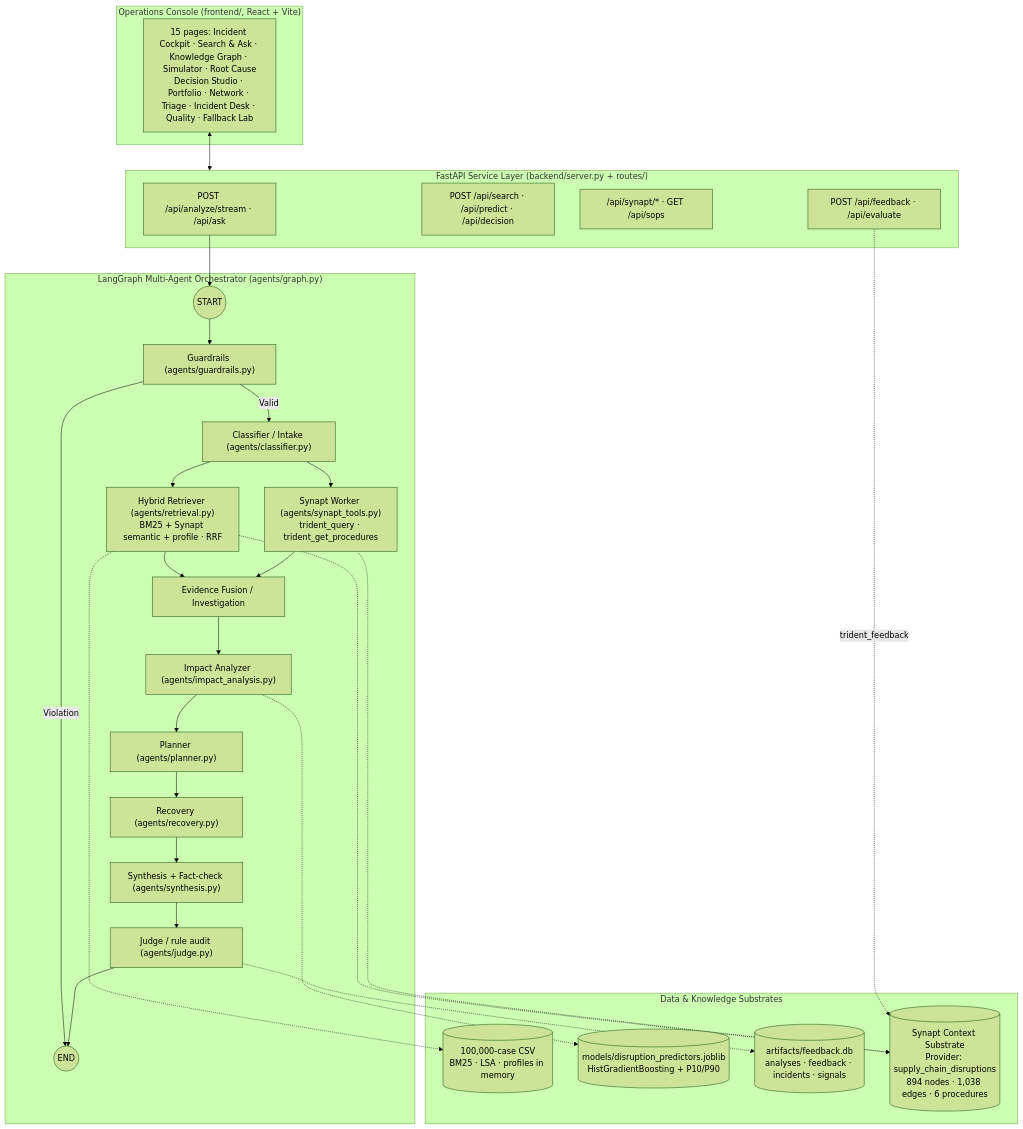
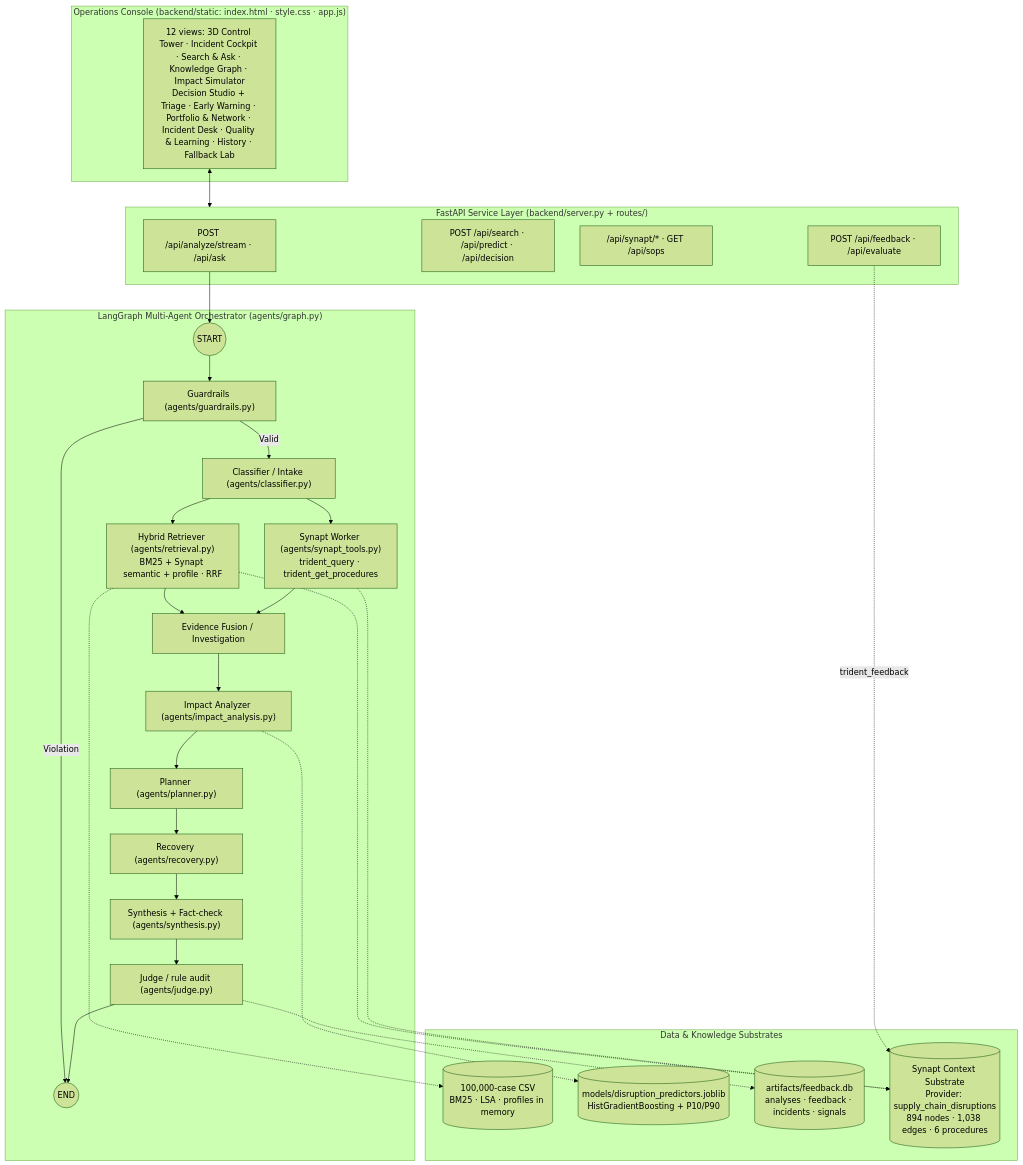
The diagram in README.md (Revanth2074/SupplyChain), drawn with Mermaid (forest theme) before and after one commit. The commit also changed other lines of this file and 28 other files, not shown here.

````diff
--- a/README.md
+++ b/README.md
@@ -33,52 +36,52 @@
 ```mermaid
 flowchart TD
-    subgraph Client_Layer ["Operations Console (frontend/, React + Vite)"]
-        UI["15 pages: Incident Cockpit · Search & Ask · Knowledge Graph · Simulator · Root Cause<br/>Decision Studio · Portfolio · Network · Triage · Incident Desk · Quality · Fallback Lab"]
+    subgraph Client_Layer ["Operations Console (backend/static: index.html · style.css · app.js)"]
+        UI["12 views: 3D Control Tower · Incident Cockpit · Search & Ask · Knowledge Graph · Impact Simulator<br/>Decision Studio + Triage · Early Warning · Portfolio & Network · Incident Desk · Quality & Learning · History · Fallback Lab"]
     end
 
     subgraph Service_Layer ["FastAPI Service Layer (backend/server.py + routes/)"]
         API_QUERY["POST /api/analyze/stream · /api/ask"]
         API_SEARCH["POST /api/search · /api/predict · /api/decision"]
         API_SYN["/api/synapt/* · GET /api/sops"]
         API_FB["POST /api/feedback · /api/evaluate"]
     end
 
     subgraph Orchestration_Layer ["LangGraph Multi-Agent Orchestrator (agents/graph.py)"]
         START((START))
         GUARD["Guardrails (agents/guardrails.py)"]
         CLS["Classifier / Intake (agents/classifier.py)"]
         HYB["Hybrid Retriever (agents/retrieval.py)<br/>BM25 + Synapt semantic + profile · RRF"]
         SYN["Synapt Worker (agents/synapt_tools.py)<br/>trident_query · trident_get_procedures"]
         FUSE["Evidence Fusion / Investigation"]
         IMP["Impact Analyzer (agents/impact_analysis.py)"]
         PLAN["Planner (agents/planner.py)"]
         REC["Recovery (agents/recovery.py)"]
         SYNTH["Synthesis + Fact-check (agents/synthesis.py)"]
         JUDGE["Judge / rule audit (agents/judge.py)"]
         FINISH((END))
     end
 
     subgraph Storage_Layer ["Data & Knowledge Substrates"]
         DATA[("100,000-case CSV<br/>BM25 · LSA · profiles in memory")]
         ML_MODEL[("models/disruption_predictors.joblib<br/>HistGradientBoosting + P10/P90")]
         SQL_DB[("artifacts/feedback.db<br/>analyses · feedback · incidents · signals")]
         SYNAPT_SUB[("Synapt Context Substrate<br/>Provider: supply_chain_disruptions<br/>894 nodes · 1,038 edges · 6 procedures")]
     end
 
     UI <--> Service_Layer
     API_QUERY --> START
     START --> GUARD
     GUARD -->|Valid| CLS
     GUARD -->|Violation| FINISH
     CLS --> HYB & SYN
     HYB --> FUSE
     SYN --> FUSE
     FUSE --> IMP --> PLAN --> REC --> SYNTH --> JUDGE --> FINISH
 
     HYB -.-> DATA
     HYB -.-> SYNAPT_SUB
     SYN -.-> SYNAPT_SUB
     IMP -.-> ML_MODEL
     JUDGE -.-> SQL_DB
     API_FB -.->|trident_feedback| SYNAPT_SUB
 ```
````
